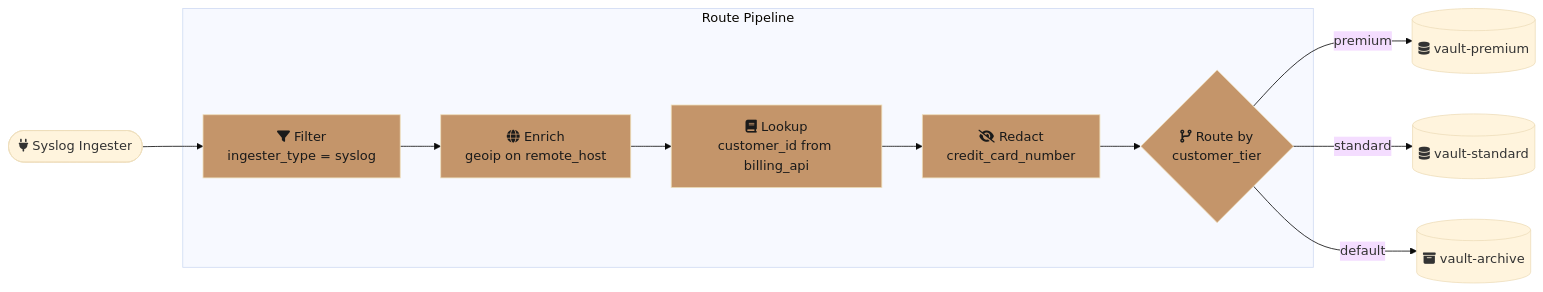
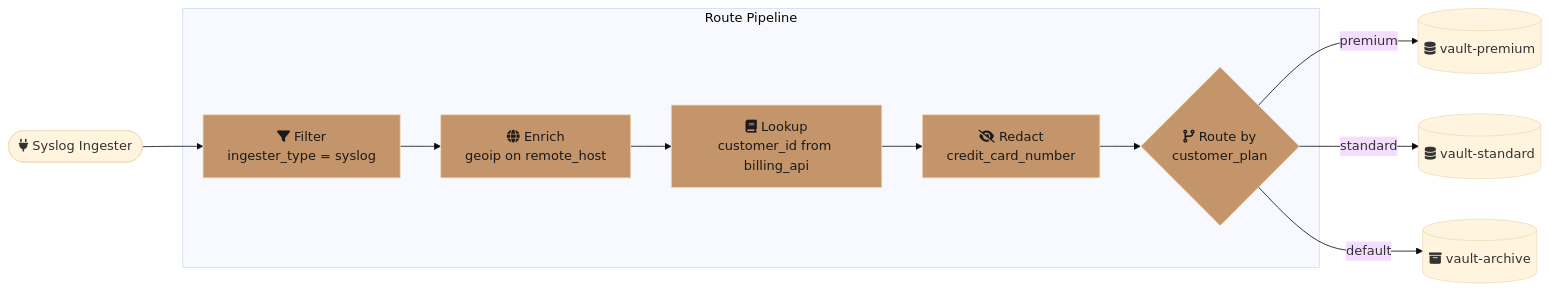
The first of 5 diagrams in docs/vision.md (kluzzebass/gastrolog), drawn with Mermaid (base theme) before and after one commit. The commit also changed other lines of this file and 8 other files, not shown here.

````diff
--- a/docs/vision.md
+++ b/docs/vision.md
@@ -56,22 +56,22 @@
 ```mermaid
 flowchart LR
     IN([fa:fa-plug Syslog Ingester]) --> F
 
     subgraph Route Pipeline
         F[fa:fa-filter Filter<br/>ingester_type = syslog]
         F --> G[fa:fa-globe Enrich<br/>geoip on remote_host]
         G --> L[fa:fa-book Lookup<br/>customer_id from billing_api]
         L --> R[fa:fa-eye-slash Redact<br/>credit_card_number]
-        R --> S{fa:fa-code-branch Route by<br/>customer_tier}
+        R --> S{fa:fa-code-branch Route by<br/>customer_plan}
     end
 
     S -->|premium| V1[(fa:fa-database vault-premium)]
     S -->|standard| V2[(fa:fa-database vault-standard)]
     S -->|default| V3[(fa:fa-archive vault-archive)]
 
     style F fill:#c4956a,color:#1a1a1a
     style G fill:#c4956a,color:#1a1a1a
     style L fill:#c4956a,color:#1a1a1a
     style R fill:#c4956a,color:#1a1a1a
     style S fill:#c4956a,color:#1a1a1a
 ```
````
